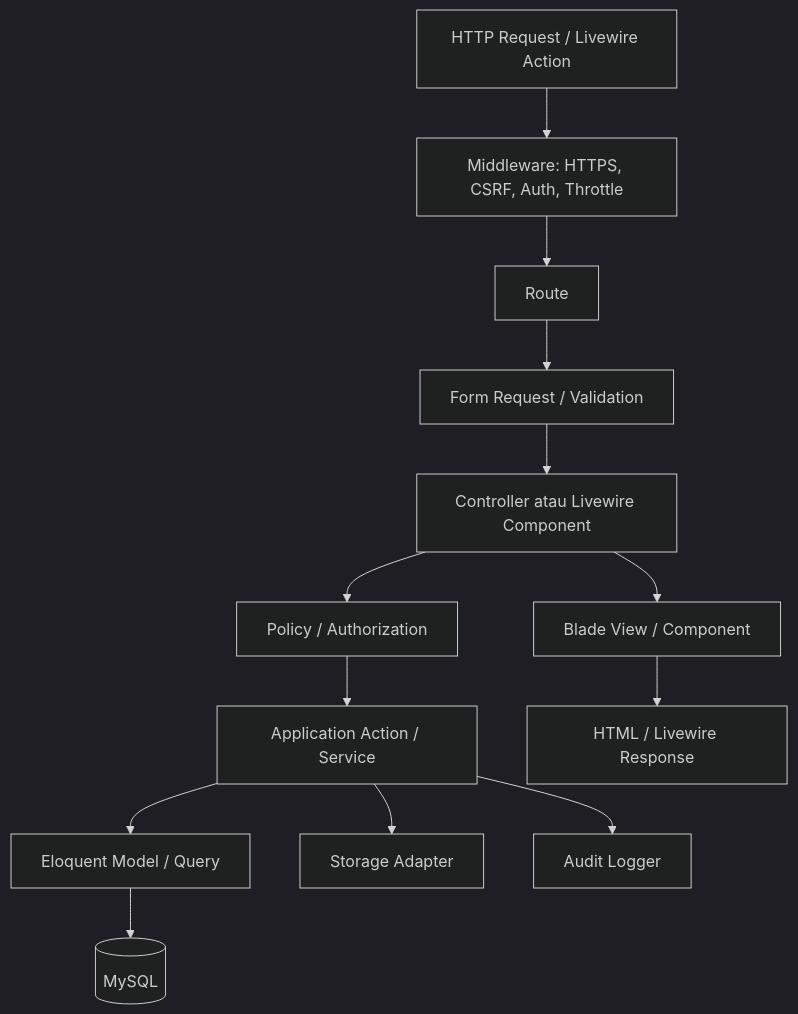
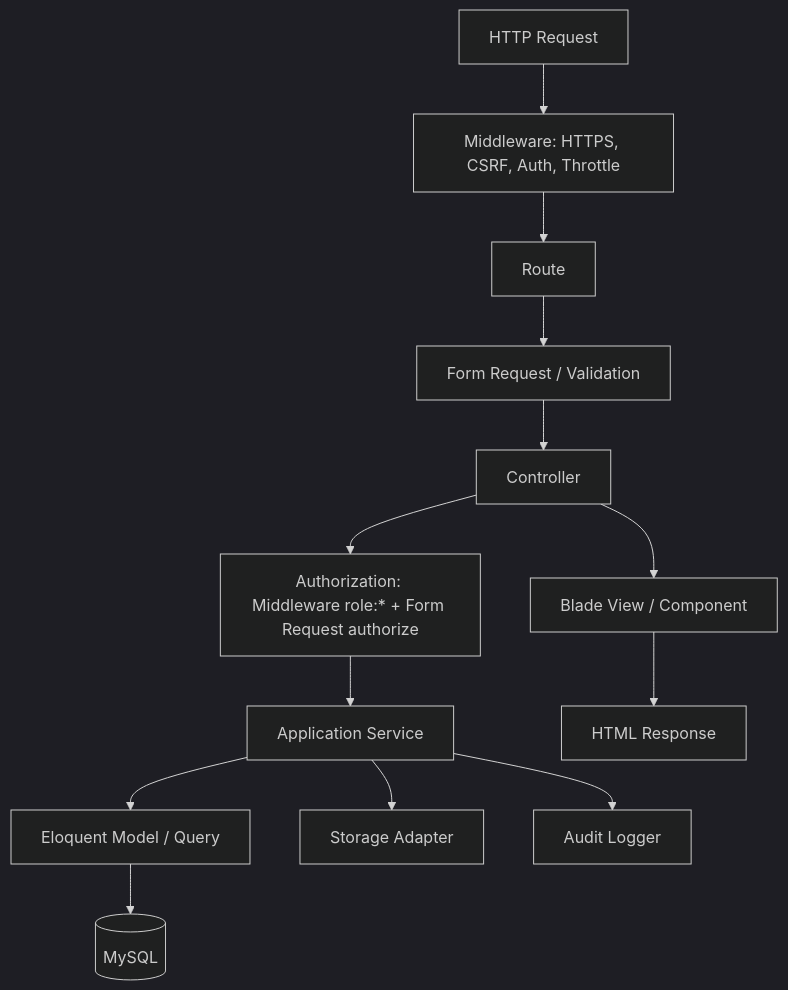
One commit to nathsville/superbie changed the second of 3 diagrams in architecture.md. Above: the diagram before and after it, drawn with Mermaid (dark theme). The commit also changed other lines of this file and 163 other files, not shown here.

````diff
--- a/architecture.md
+++ b/architecture.md
@@ -52,15 +54,15 @@
 ```mermaid
 flowchart TB
-    Request[HTTP Request / Livewire Action] --> Middleware[Middleware: HTTPS, CSRF, Auth, Throttle]
+    Request[HTTP Request] --> Middleware[Middleware: HTTPS, CSRF, Auth, Throttle]
     Middleware --> Route[Route]
     Route --> FormRequest[Form Request / Validation]
-    FormRequest --> Controller[Controller atau Livewire Component]
-    Controller --> Policy[Policy / Authorization]
-    Policy --> Action[Application Action / Service]
+    FormRequest --> Controller[Controller]
+    Controller --> Policy[Authorization: Middleware role:* + Form Request authorize]
+    Policy --> Action[Application Service]
     Action --> Model[Eloquent Model / Query]
     Model --> DB[(MySQL)]
     Action --> Storage[Storage Adapter]
     Action --> Audit[Audit Logger]
     Controller --> View[Blade View / Component]
-    View --> Response[HTML / Livewire Response]
+    View --> Response[HTML Response]
 ```
````
